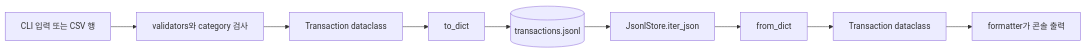
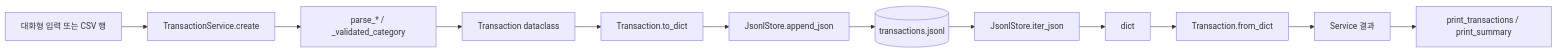
The seventh of 7 diagrams in B2-1_Create_file-based_household_account_console_program/budget_app/CODE_ARCHITECTURE.md (jhkr1/Codyssey_main_course), drawn with Mermaid before and after one commit. The commit also changed other lines of this file and 2 other files, not shown here.

````diff
--- a/B2-1_Create_file-based_household_account_console_program/budget_app/CODE_ARCHITECTURE.md
+++ b/B2-1_Create_file-based_household_account_console_program/budget_app/CODE_ARCHITECTURE.md
@@ -199,11 +381,14 @@
 ```mermaid
 flowchart LR
-    I[CLI 입력 또는 CSV 행] --> V[validators와 category 검사]
-    V --> T[Transaction dataclass]
-    T --> D[to_dict]
-    D --> J[(transactions.jsonl)]
-    J --> IJ[JsonlStore.iter_json]
-    IJ --> FD[from_dict]
-    FD --> T2[Transaction dataclass]
-    T2 --> O[formatter가 콘솔 출력]
+    Input[대화형 입력 또는 CSV 행] --> Create[TransactionService.create]
+    Create --> Validate[parse_* / _validated_category]
+    Validate --> Model[Transaction dataclass]
+    Model --> Dict[Transaction.to_dict]
+    Dict --> Write[JsonlStore.append_json]
+    Write --> JSONL[(transactions.jsonl)]
+    JSONL --> Read[JsonlStore.iter_json]
+    Read --> Raw[dict]
+    Raw --> Restore[Transaction.from_dict]
+    Restore --> Service[Service 결과]
+    Service --> Output[print_transactions / print_summary]
 ```
````
